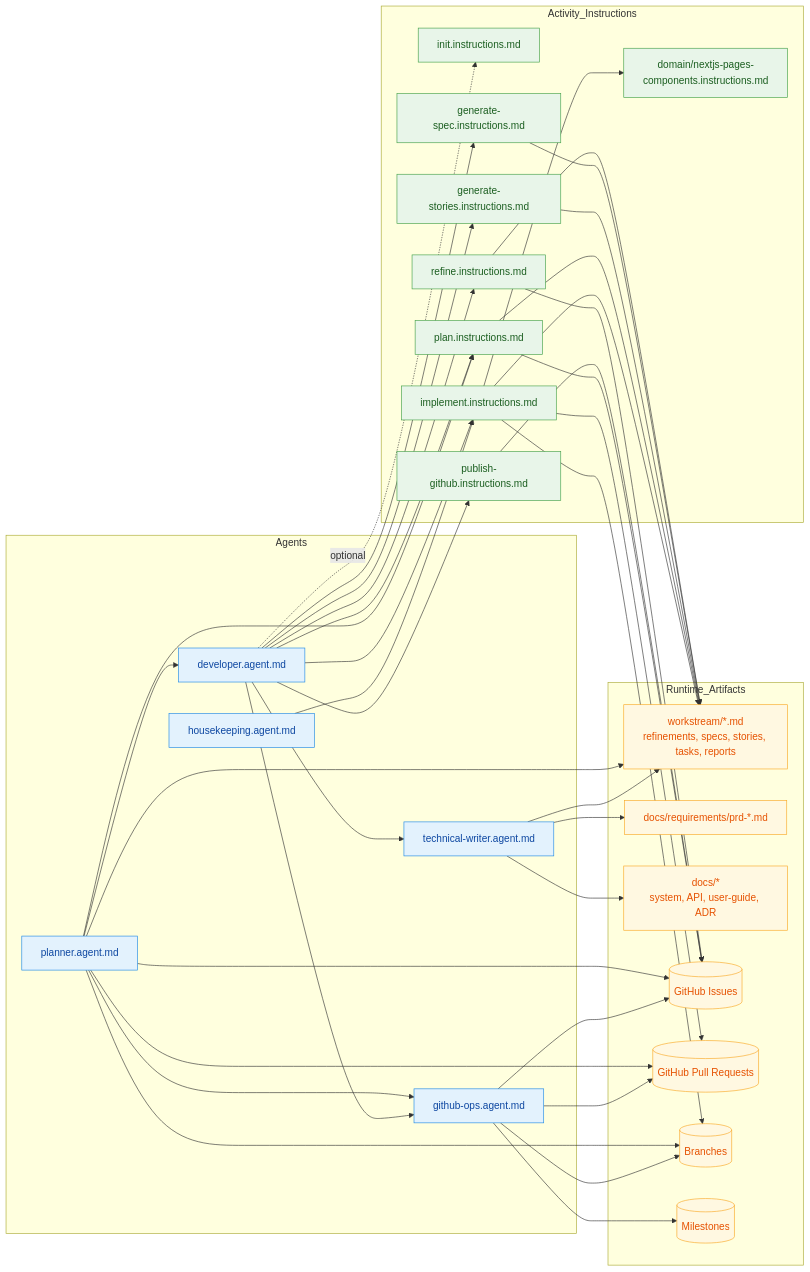
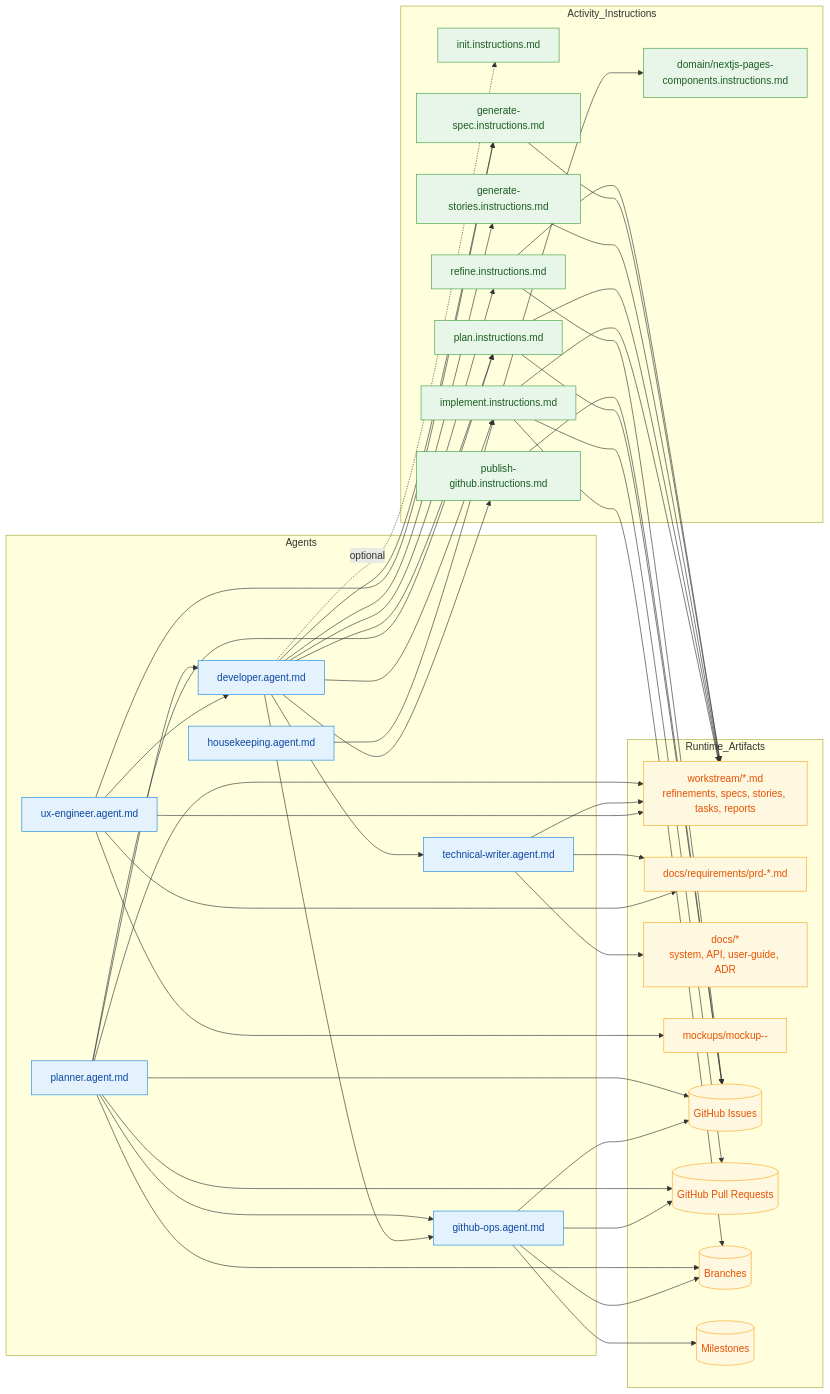
Before and after one commit to llipe/dev-tasks: the diagram in github/agent-artifact-relations.md, drawn with Mermaid. The commit also changed 6 other files, not shown here.

Commit message:
feat: add ux-engineer agent for UX prototyping and gap analysis, enhance documentation and scaffolding scripts

````diff
--- a/github/agent-artifact-relations.md
+++ b/github/agent-artifact-relations.md
@@ -11,6 +11,7 @@
     PLAN[planner.agent.md]
     TW[technical-writer.agent.md]
     HK[housekeeping.agent.md]
+    UX[ux-engineer.agent.md]
   end
 
   %% -----------------------------
@@ -34,6 +35,7 @@
     WS["workstream/*.md<br/>refinements, specs, stories, tasks, reports"]
     REQ["docs/requirements/prd-*.md"]
     DOCS["docs/*<br/>system, API, user-guide, ADR"]
+    MOCK["mockups/mockup-<feature>-<num>"]
     GHISS[(GitHub Issues)]
     GHPR[(GitHub Pull Requests)]
     BR[(Branches)]
@@ -45,6 +47,7 @@
   PLAN --> GOPS
   DEV --> GOPS
   DEV --> TW
+  UX --> DEV
 
   %% Agent-to-instruction usage
   DEV --> REF
@@ -76,6 +79,10 @@
 
   %% Housekeeping scope
   HK --> IMP
+  UX --> REQ
+  UX --> SPEC
+  UX --> MOCK
+  UX --> WS
 
   %% Workflow artifacts created across activities
   REF --> WS
@@ -94,7 +101,7 @@
   classDef instr fill:#e8f5e9,stroke:#43a047,stroke-width:1px,color:#1b5e20;
   classDef art fill:#fff8e1,stroke:#f9a825,stroke-width:1px,color:#e65100;
 
-  class DEV,GOPS,PLAN,TW,HK agent;
+  class DEV,GOPS,PLAN,TW,HK,UX agent;
   class INIT,REF,SPEC,STORIES,PUB,PLN,IMP,DOMAIN instr;
-  class WS,REQ,DOCS,GHISS,GHPR,BR,MILE art;
+  class WS,REQ,DOCS,MOCK,GHISS,GHPR,BR,MILE art;
 ```
````
